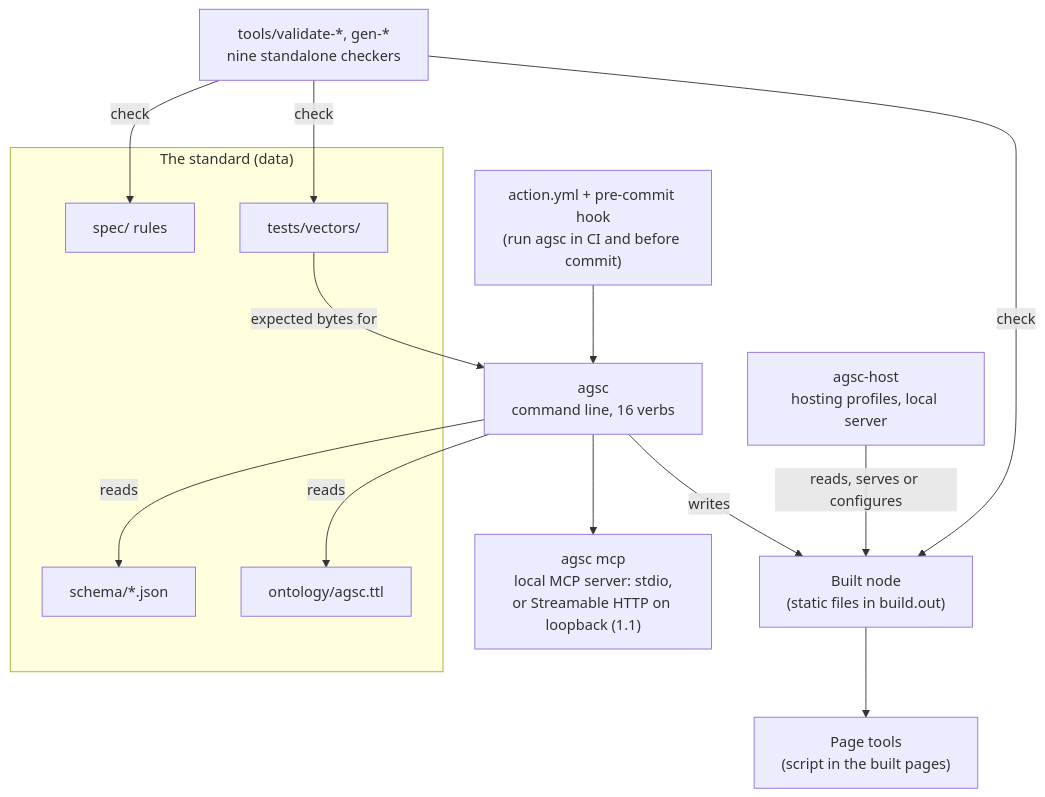
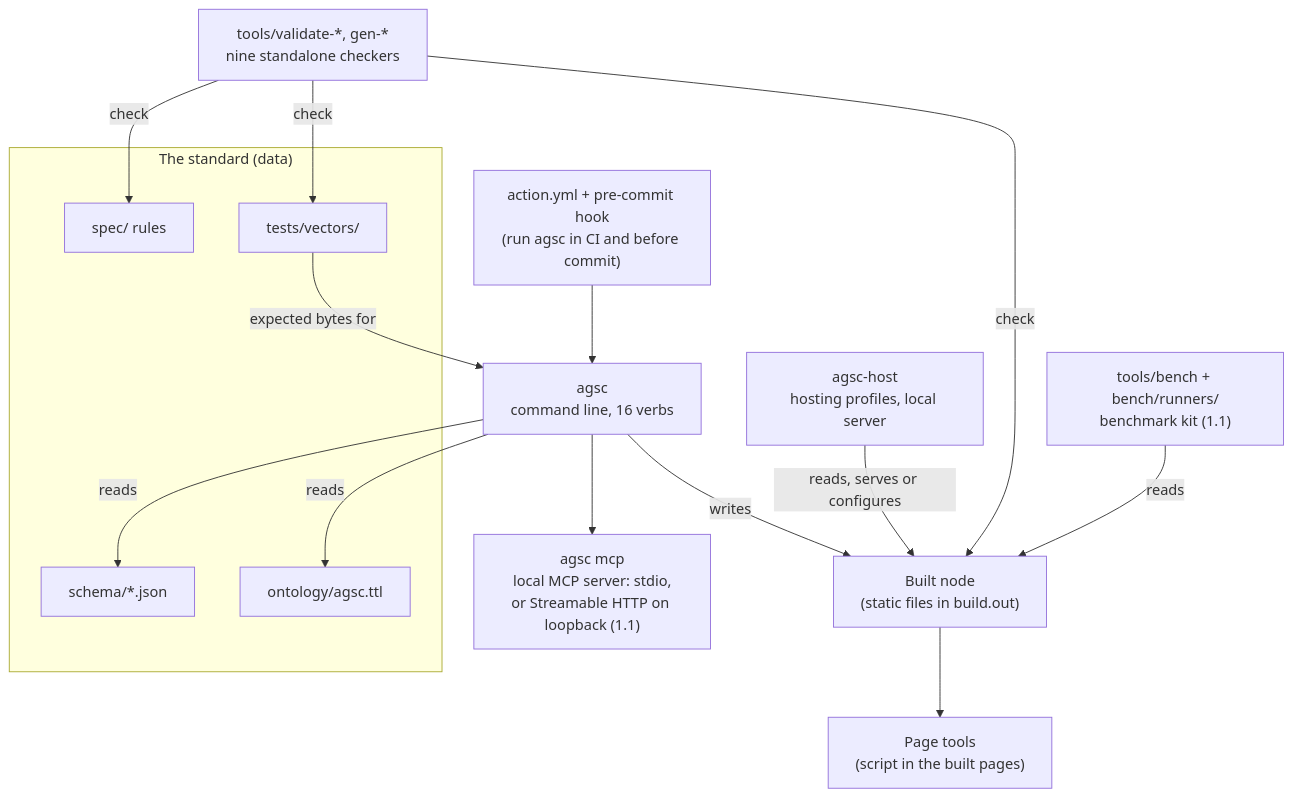
One commit to andreibesleaga/agentic-system-core changed the diagram in docs/diagrams/arch-c4-container.md. Above: the diagram before and after it, drawn with Mermaid. The commit also changed other lines of this file and 33 other files, not shown here.

````diff
--- a/docs/diagrams/arch-c4-container.md
+++ b/docs/diagrams/arch-c4-container.md
@@ -7,27 +7,29 @@
 ```mermaid
 flowchart TB
   subgraph STD["The standard (data)"]
     SPEC["spec/ rules"]
     SCH["schema/*.json"]
     ONT["ontology/agsc.ttl"]
     VEC["tests/vectors/"]
   end
   CLI["agsc<br/>command line, 16 verbs"]
   HOSTC["agsc-host<br/>hosting profiles, local server"]
   MCP["agsc mcp<br/>local MCP server: stdio,<br/>or Streamable HTTP on loopback (1.1)"]
   CHK["tools/validate-*, gen-*<br/>nine standalone checkers"]
   OUT["Built node<br/>(static files in build.out)"]
   PAGE["Page tools<br/>(script in the built pages)"]
   ACT["action.yml + pre-commit hook<br/>(run agsc in CI and before commit)"]
+  BENCH["tools/bench + bench/runners/<br/>benchmark kit (1.1)"]
   CLI -->|reads| SCH
   CLI -->|reads| ONT
   CLI -->|writes| OUT
   OUT --> PAGE
   CLI --> MCP
   HOSTC -->|reads, serves or configures| OUT
   CHK -->|check| SPEC
   CHK -->|check| VEC
   CHK -->|check| OUT
   ACT --> CLI
   VEC -->|expected bytes for| CLI
+  BENCH -->|reads| OUT
 ```
````
